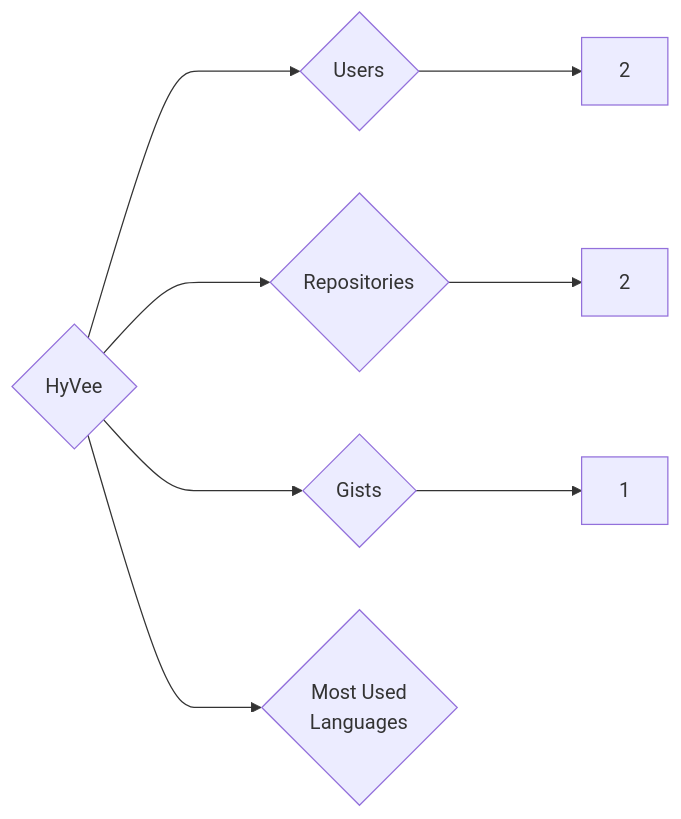
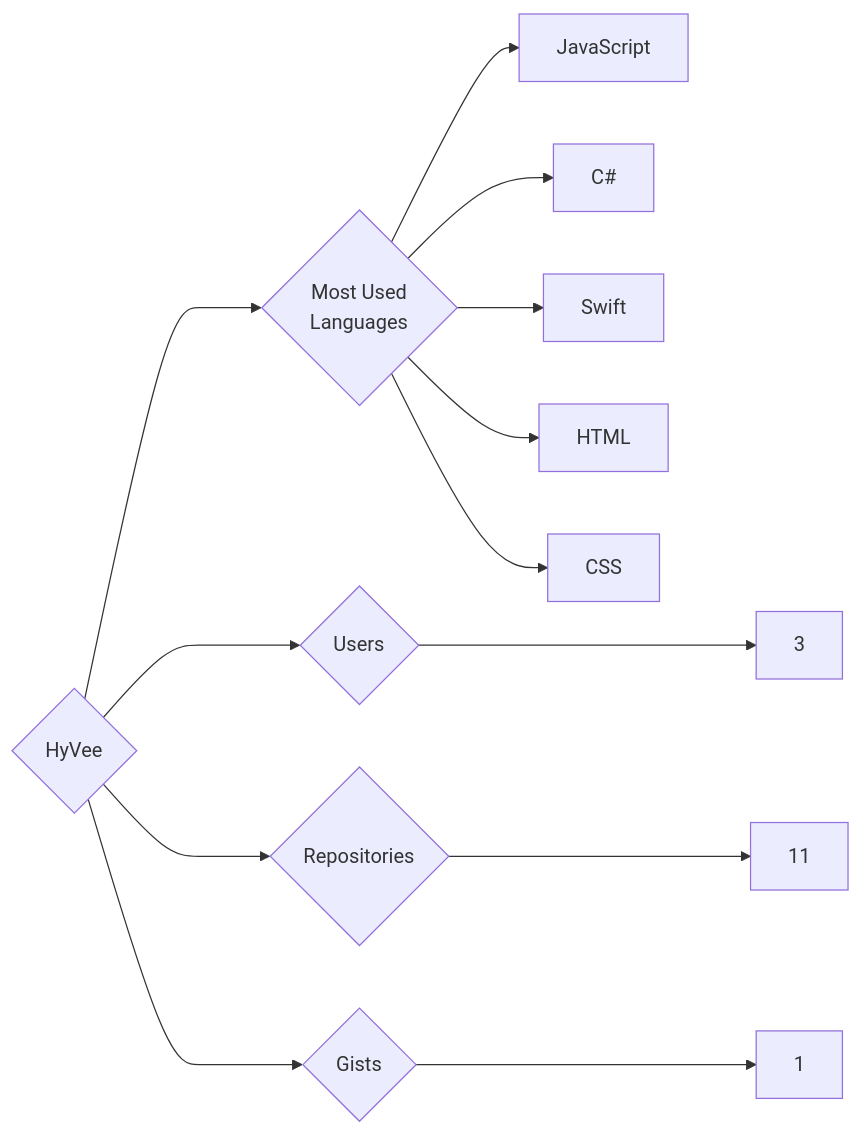
One commit to trickest/insiders changed the diagram in targets/HyVee/README.md. Above: the diagram before and after it, drawn with Mermaid. The commit also changed 724 other files, not shown here.

````diff
--- a/targets/HyVee/README.md
+++ b/targets/HyVee/README.md
@@ -3,8 +3,13 @@
 ```mermaid
 graph LR
 COMPANY_NAME{HyVee}
-COMPANY_NAME ---> U{Users} ---> UN[2]
-COMPANY_NAME ---> R{Repositories} ---> RN[2]
+COMPANY_NAME ---> U{Users} ---> UN[3]
+COMPANY_NAME ---> R{Repositories} ---> RN[11]
 COMPANY_NAME ---> G{Gists} ---> GN[1]
 COMPANY_NAME ---> ML{Most Used<br>Languages}
+ML --> JavaScript[JavaScript]
+ML --> C#[C#]
+ML --> Swift[Swift]
+ML --> HTML[HTML]
+ML --> CSS[CSS]
 ```
````
